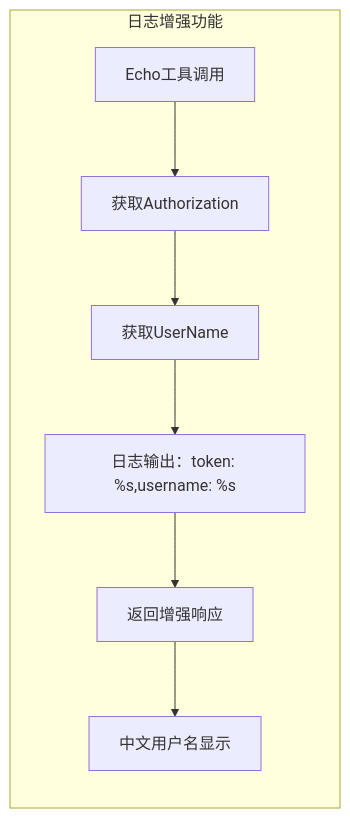
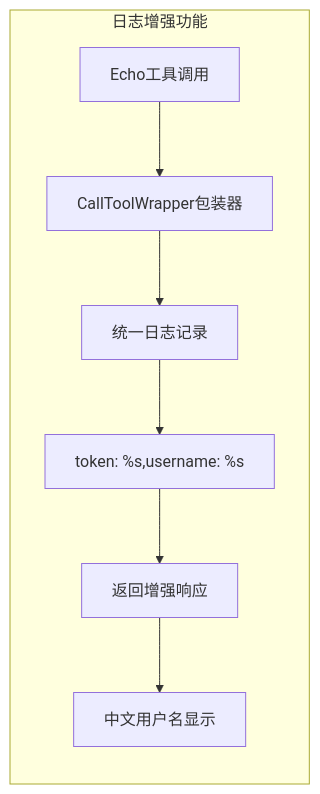
Before and after one commit to maomao94/zero-service: diagram 11 of 17 in .qoder/repowiki/zh/content/AI应用模块/MCP服务器.md, drawn with Mermaid. The commit also changed other lines of this file and 25 other files, not shown here.

````diff
--- a/.qoder/repowiki/zh/content/AI应用模块/MCP服务器.md
+++ b/.qoder/repowiki/zh/content/AI应用模块/MCP服务器.md
@@ -500,10 +538,10 @@
 ```mermaid
 graph LR
 subgraph "日志增强功能"
-A["Echo工具调用"] --> B["获取Authorization"]
-B --> C["获取UserName"]
-C --> D["日志输出：token: %s,username: %s"]
+A["Echo工具调用"] --> B["CallToolWrapper包装器"]
+B --> C["统一日志记录"]
+C --> D["token: %s,username: %s"]
 D --> E["返回增强响应"]
 E --> F["中文用户名显示"]
 end
 ```
````
